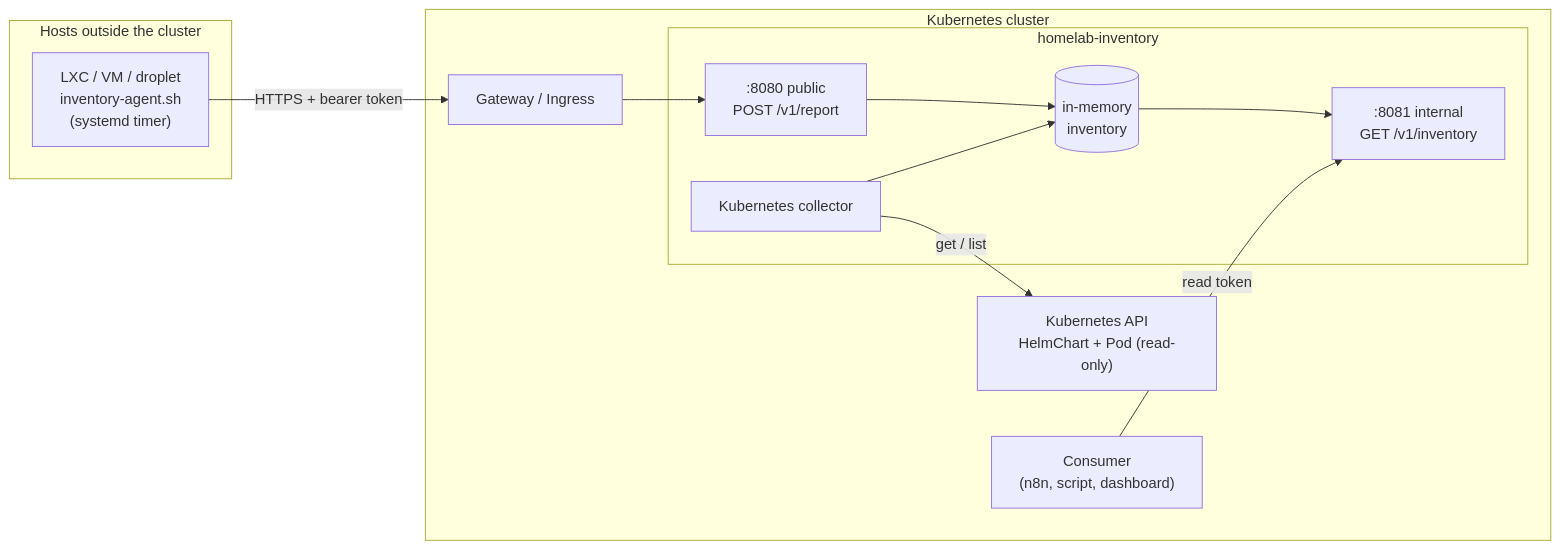
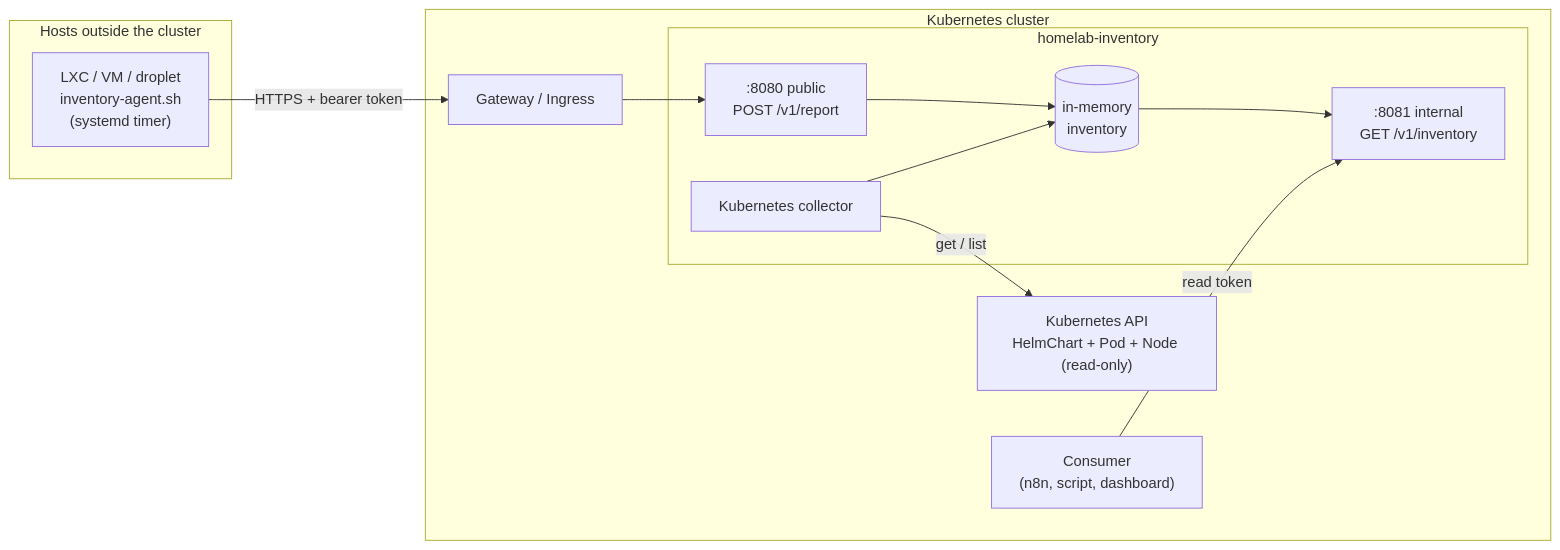
One commit to obervinov/homelab-inventory changed the first of 3 diagrams in README.md. Above: the diagram before and after it, drawn with Mermaid. The commit also changed other lines of this file and 6 other files, not shown here.

Commit message:
feat: node kubelet and kernel versions, single-file kubernetes manifest (v0.2.0)

````diff
--- a/README.md
+++ b/README.md
@@ -11,24 +11,24 @@
 ```mermaid
 flowchart LR
     subgraph hosts["Hosts outside the cluster"]
         A1["LXC / VM / droplet<br/>inventory-agent.sh<br/>(systemd timer)"]
     end
 
     subgraph cluster["Kubernetes cluster"]
         GW["Gateway / Ingress"]
         subgraph svc["homelab-inventory"]
             P[":8080 public<br/>POST /v1/report"]
             S[("in-memory<br/>inventory")]
             I[":8081 internal<br/>GET /v1/inventory"]
             C["Kubernetes collector"]
         end
-        API["Kubernetes API<br/>HelmChart + Pod (read-only)"]
+        API["Kubernetes API<br/>HelmChart + Pod + Node (read-only)"]
         N["Consumer<br/>(n8n, script, dashboard)"]
     end
 
     A1 -- "HTTPS + bearer token" --> GW --> P --> S
     C -- "get / list" --> API
     C --> S
     S --> I
     N -- "read token" --> I
 ```
````
